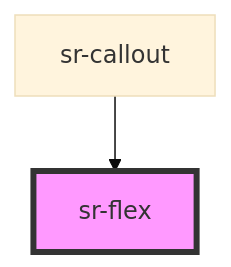
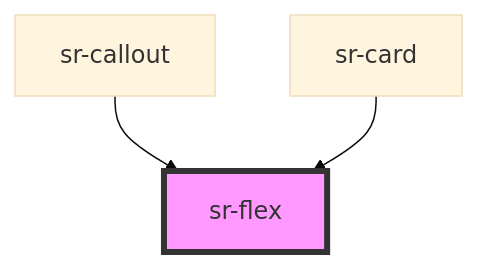
One commit to tonyblu331/spotify-replay-design-system changed the diagram in src/components/layouts/sr-flex/readme.md. Above: the diagram before and after it, drawn with Mermaid (base theme). The commit also changed other lines of this file and 8 other files, not shown here.

````diff
--- a/src/components/layouts/sr-flex/readme.md
+++ b/src/components/layouts/sr-flex/readme.md
@@ -31,5 +32,6 @@
 ```mermaid
 graph TD;
   sr-callout --> sr-flex
+  sr-card --> sr-flex
   style sr-flex fill:#f9f,stroke:#333,stroke-width:4px
 ```
````
